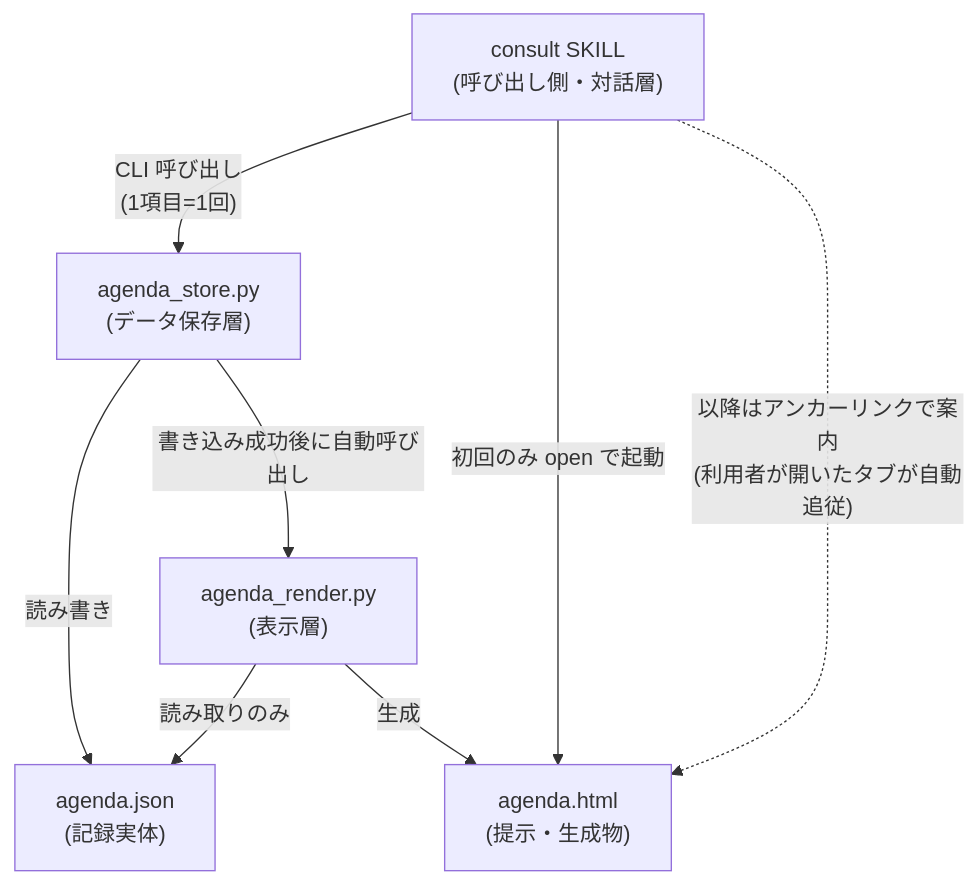
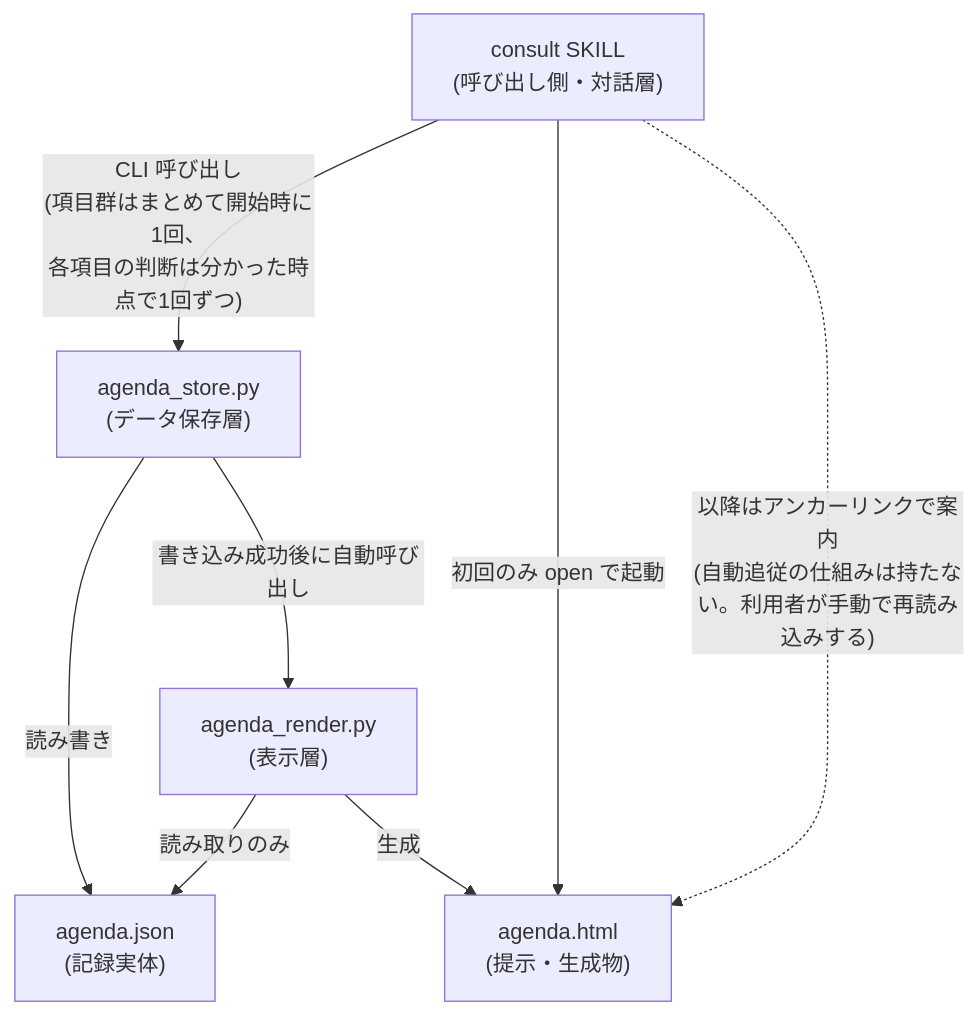
Before and after one commit to BlueEventHorizon/bw-cc-plugins: the first of 3 diagrams in docs/specs/consult/agenda/design/DES-075_agenda_mechanism_design.md, drawn with Mermaid. The commit also changed other lines of this file and 12 other files, not shown here.

````diff
--- a/docs/specs/consult/agenda/design/DES-075_agenda_mechanism_design.md
+++ b/docs/specs/consult/agenda/design/DES-075_agenda_mechanism_design.md
@@ -31,16 +33,16 @@
 ```mermaid
 flowchart TB
     Consult["consult SKILL<br/>(呼び出し側・対話層)"]
     Store["agenda_store.py<br/>(データ保存層)"]
     Render["agenda_render.py<br/>(表示層)"]
     JSON["agenda.json<br/>(記録実体)"]
     HTML["agenda.html<br/>(提示・生成物)"]
 
-    Consult -->|"CLI 呼び出し<br/>(1項目=1回)"| Store
+    Consult -->|"CLI 呼び出し<br/>(項目群はまとめて開始時に1回、<br/>各項目の判断は分かった時点で1回ずつ)"| Store
     Store -->|"読み書き"| JSON
     Store -->|"書き込み成功後に自動呼び出し"| Render
     Render -->|"読み取りのみ"| JSON
     Render -->|"生成"| HTML
     Consult -->|"初回のみ open で起動"| HTML
-    Consult -.->|"以降はアンカーリンクで案内<br/>(利用者が開いたタブが自動追従)"| HTML
+    Consult -.->|"以降はアンカーリンクで案内<br/>(自動追従の仕組みは持たない。利用者が手動で再読み込みする)"| HTML
 ```
````
